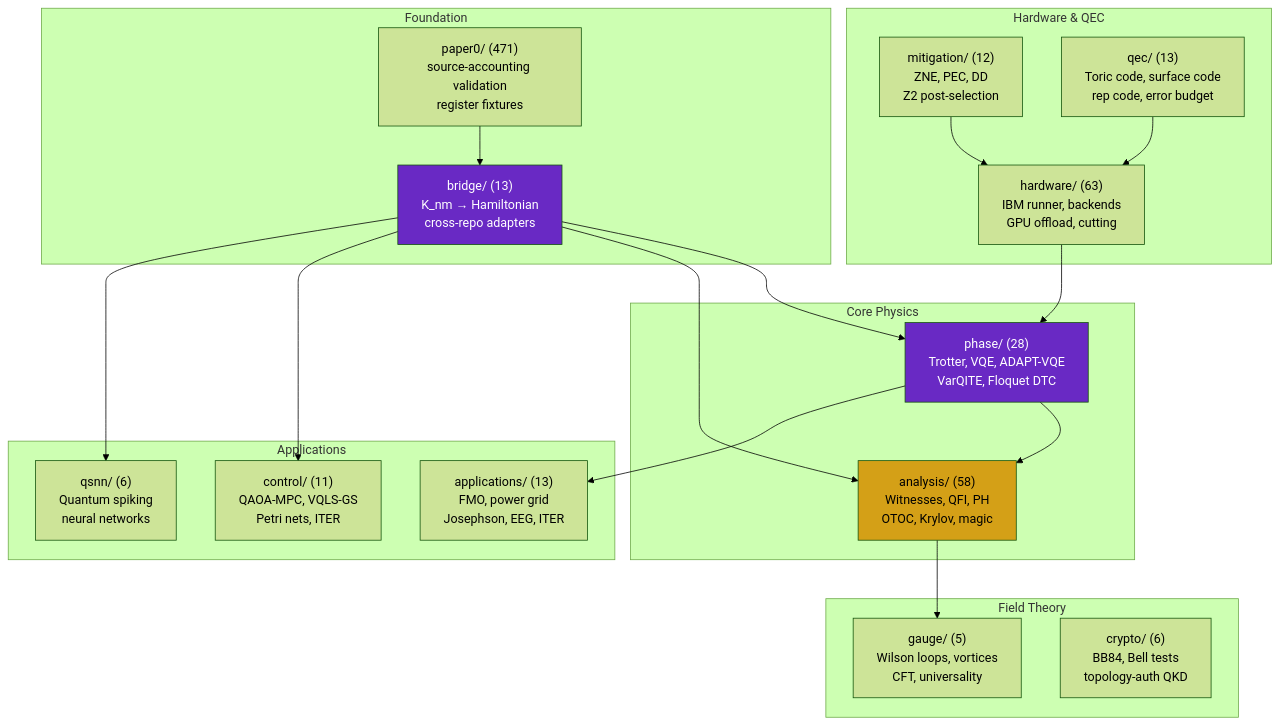
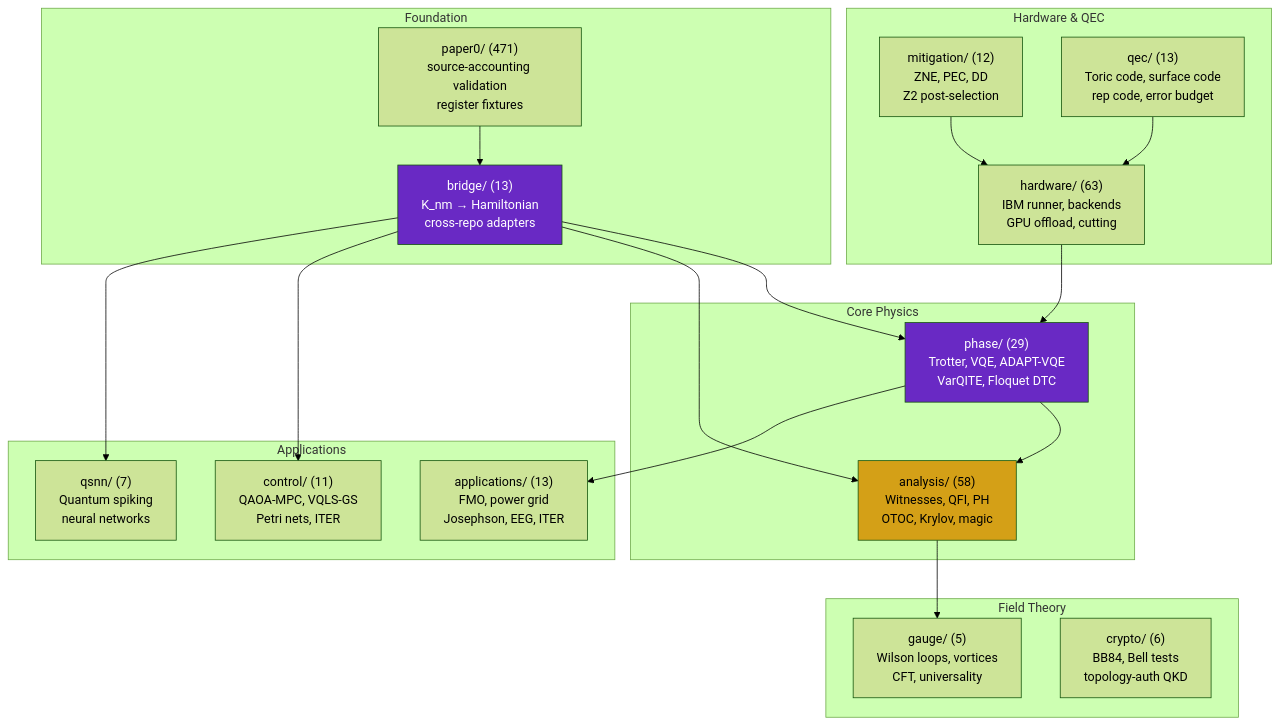
One commit to anulum/scpn-quantum-control changed the first of 2 diagrams in README.md. Above: the diagram before and after it, drawn with Mermaid (forest theme). The commit also changed other lines of this file and 18 other files, not shown here.

````diff
--- a/README.md
+++ b/README.md
@@ -357,45 +357,45 @@
 ```mermaid
 graph TD
     subgraph Foundation
         bridge["bridge/ (13)\nK_nm → Hamiltonian\ncross-repo adapters"]
         paper0["paper0/ (471)\nsource-accounting validation\nregister fixtures"]
     end
 
     subgraph "Core Physics"
-        phase["phase/ (28)\nTrotter, VQE, ADAPT-VQE\nVarQITE, Floquet DTC"]
+        phase["phase/ (29)\nTrotter, VQE, ADAPT-VQE\nVarQITE, Floquet DTC"]
         analysis["analysis/ (58)\nWitnesses, QFI, PH\nOTOC, Krylov, magic"]
     end
 
     subgraph "Applications"
         control["control/ (11)\nQAOA-MPC, VQLS-GS\nPetri nets, ITER"]
-        qsnn["qsnn/ (6)\nQuantum spiking\nneural networks"]
+        qsnn["qsnn/ (7)\nQuantum spiking\nneural networks"]
         apps["applications/ (13)\nFMO, power grid\nJosephson, EEG, ITER"]
     end
 
     subgraph "Hardware & QEC"
         hw["hardware/ (63)\nIBM runner, backends\nGPU offload, cutting"]
         mit["mitigation/ (12)\nZNE, PEC, DD\nZ2 post-selection"]
         qec["qec/ (13)\nToric code, surface code\nrep code, error budget"]
     end
 
     subgraph "Field Theory"
         gauge["gauge/ (5)\nWilson loops, vortices\nCFT, universality"]
         crypto["crypto/ (6)\nBB84, Bell tests\ntopology-auth QKD"]
     end
 
     bridge --> phase
     bridge --> analysis
     bridge --> control
     bridge --> qsnn
     paper0 --> bridge
     phase --> analysis
     phase --> apps
     hw --> phase
     mit --> hw
     qec --> hw
     analysis --> gauge
 
     style bridge fill:#6929C4,color:#fff
     style analysis fill:#d4a017,color:#000
     style phase fill:#6929C4,color:#fff
 ```
````
